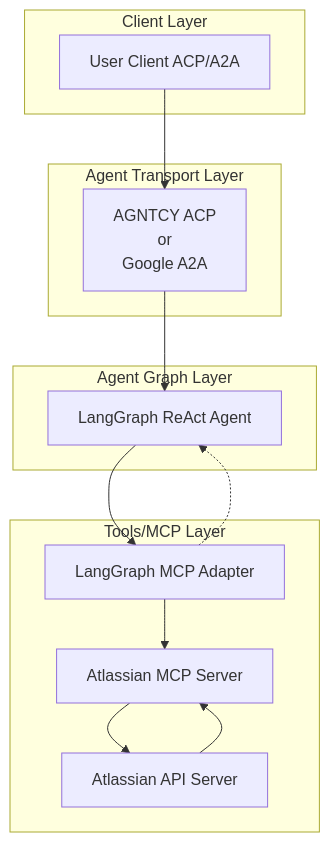
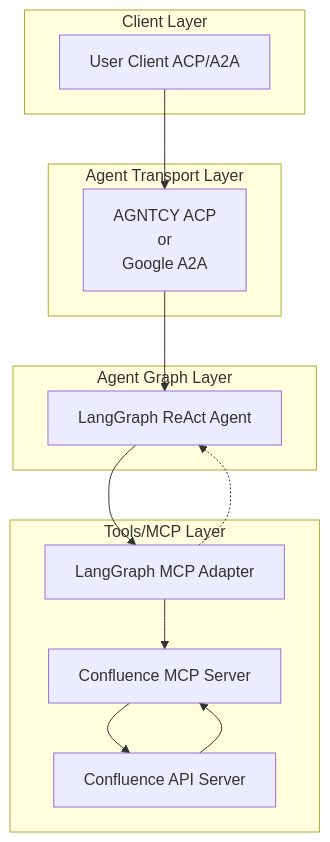
Before and after one commit to tensai828/ai-driven-platform-operations: the diagram in ai_platform_engineering/agents/confluence/README.md, drawn with Mermaid. The commit also changed other lines of this file and 254 other files, not shown here.

Commit message:
intial commit: agent confluence using mcp generator

````diff
--- a/ai_platform_engineering/agents/confluence/README.md
+++ b/ai_platform_engineering/agents/confluence/README.md
@@ -78,25 +78,25 @@
 ```mermaid
 flowchart TD
   subgraph Client Layer
     A[User Client ACP/A2A]
   end
 
   subgraph Agent Transport Layer
     B[AGNTCY ACP<br/>or<br/>Google A2A]
   end
 
   subgraph Agent Graph Layer
     C[LangGraph ReAct Agent]
   end
 
   subgraph Tools/MCP Layer
     D[LangGraph MCP Adapter]
-    E[Atlassian MCP Server]
-    F[Atlassian API Server]
+    E[Confluence MCP Server]
+    F[Confluence API Server]
   end
 
   A --> B --> C
   C --> D
   D -.-> C
   D --> E --> F --> E
 ```
````
